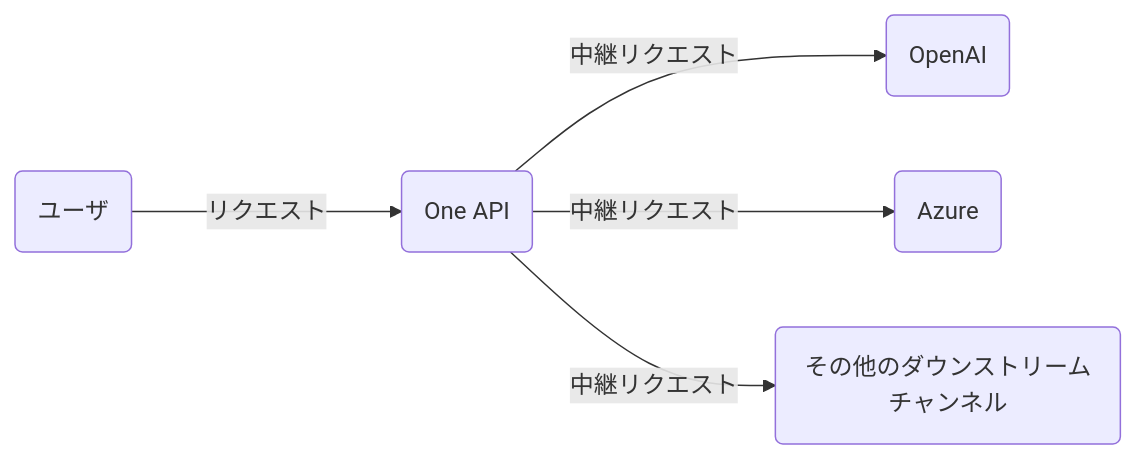
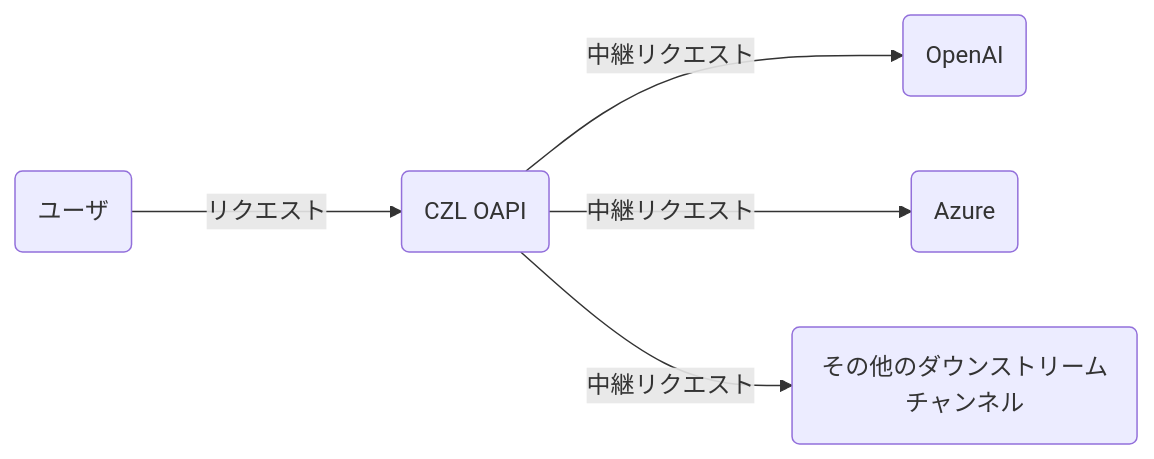
The diagram in README.ja.md (MartialBE/one-hub), drawn with Mermaid before and after one commit. The commit also changed other lines of this file and 25 other files, not shown here.

````diff
--- a/README.ja.md
+++ b/README.ja.md
@@ -246,8 +246,8 @@
 ```mermaid
 graph LR
     A(ユーザ)
-    A --->|リクエスト| B(One API)
+    A --->|リクエスト| B(CZL OAPI)
     B -->|中継リクエスト| C(OpenAI)
     B -->|中継リクエスト| D(Azure)
     B -->|中継リクエスト| E(その他のダウンストリームチャンネル)
 ```
````
